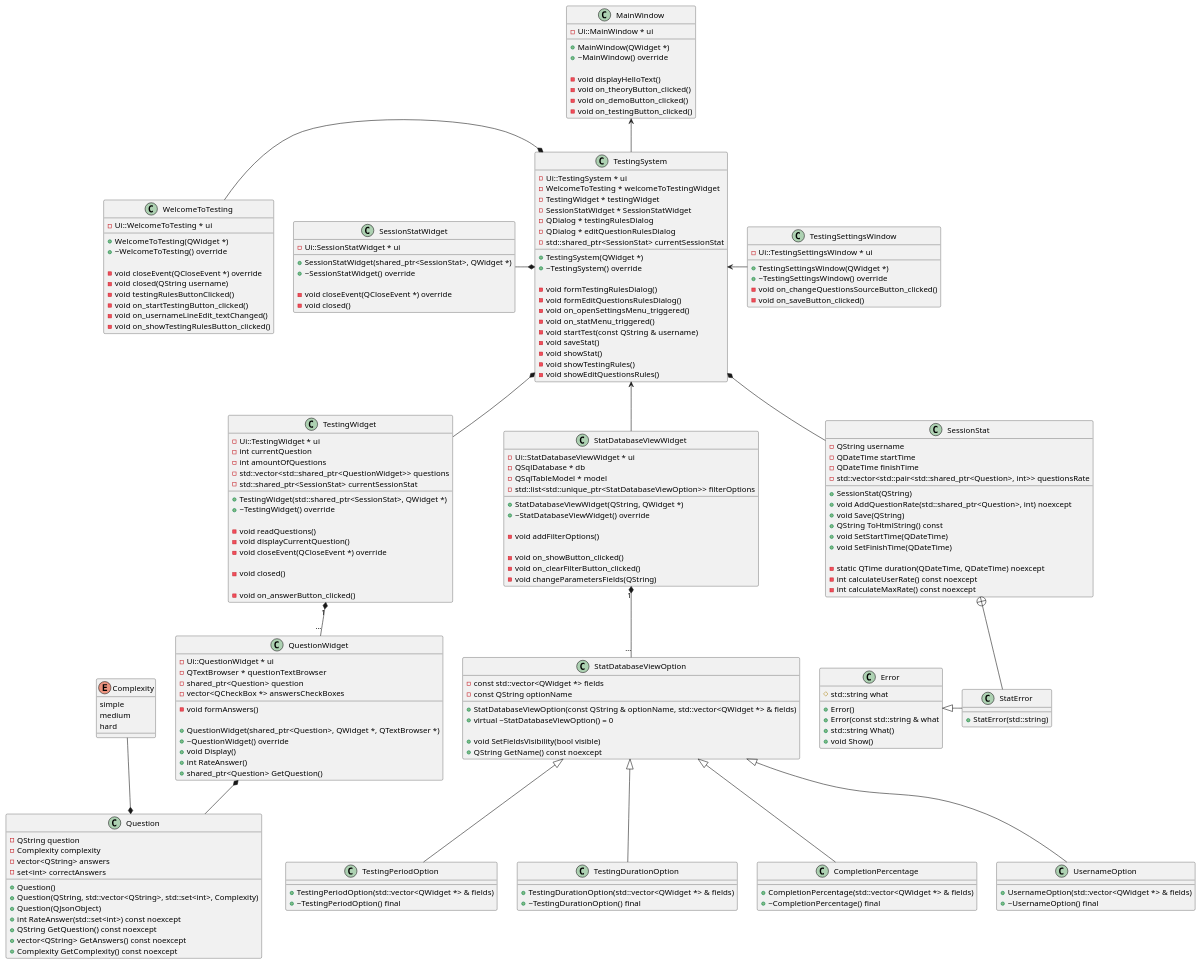
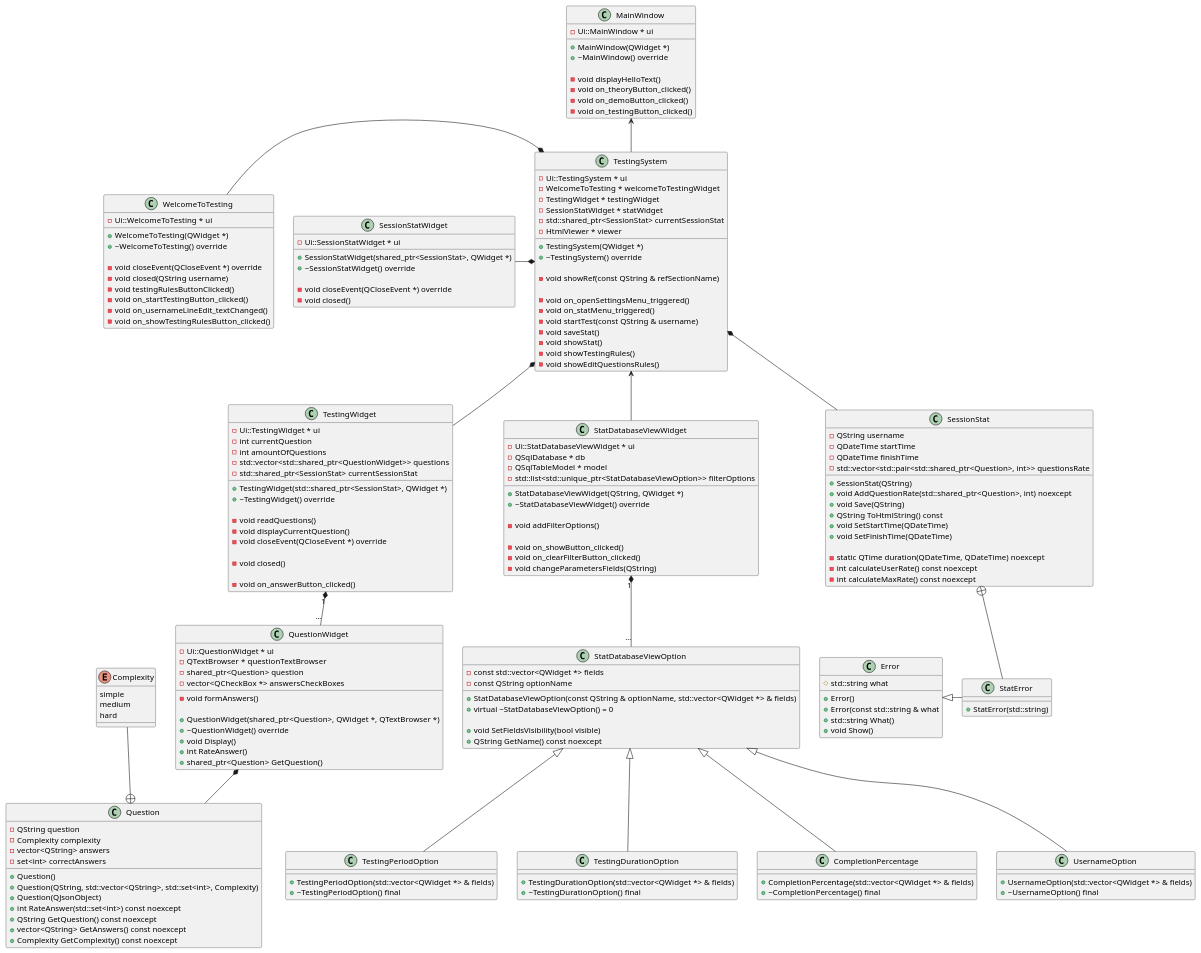
The diagram in doc/testing subsystem class.puml (vany152/Kruskal), drawn with PlantUML before and after one commit. The commit also changed 29 other files, not shown here.

Commit message:
порефакторил: заменил подсистему просмотра теоретического материала на HtmlViewer, окна с настройками объединил в одно + немного еще

```diff
--- a/doc/testing subsystem class.puml
+++ b/doc/testing subsystem class.puml
@@ -17,16 +17,15 @@
 	- Ui::TestingSystem * ui
 	- WelcomeToTesting * welcomeToTestingWidget
 	- TestingWidget * testingWidget
-	- SessionStatWidget * SessionStatWidget
-	- QDialog * testingRulesDialog
-    - QDialog * editQuestionRulesDialog
+	- SessionStatWidget * statWidget
 	- std::shared_ptr<SessionStat> currentSessionStat
+    - HtmlViewer * viewer
 
 	+ TestingSystem(QWidget *)
 	+ ~TestingSystem() override
 
-	- void formTestingRulesDialog()
-    - void formEditQuestionsRulesDialog()
+    - void showRef(const QString & refSectionName)
+
 	- void on_openSettingsMenu_triggered()
 	- void on_statMenu_triggered()
 	- void startTest(const QString & username)
@@ -71,7 +70,7 @@
 	+ vector<QString> GetAnswers() const noexcept
 	+ Complexity GetComplexity() const noexcept
 }
-Question *-up- Complexity
+Question +-up- Complexity
 QuestionWidget *-- Question
 
 class SessionStatWidget {
@@ -125,7 +124,6 @@
 	- int calculateUserRate() const noexcept
 	- int calculateMaxRate() const noexcept
 }
-
 TestingSystem *-- SessionStat
 
 class WelcomeToTesting {
@@ -142,16 +140,6 @@
 	- void on_showTestingRulesButton_clicked()
 }
 TestingSystem *-left- WelcomeToTesting
-
-class TestingSettingsWindow {
-	- Ui::TestingSettingsWindow * ui
-
-	+ TestingSettingsWindow(QWidget *)
-	+ ~TestingSettingsWindow() override
-	- void on_changeQuestionsSourceButton_clicked()
-	- void on_saveButton_clicked()
-}
-TestingSystem <- TestingSettingsWindow
 
 class TestingWidget {
 	- Ui::TestingWidget * ui
```
